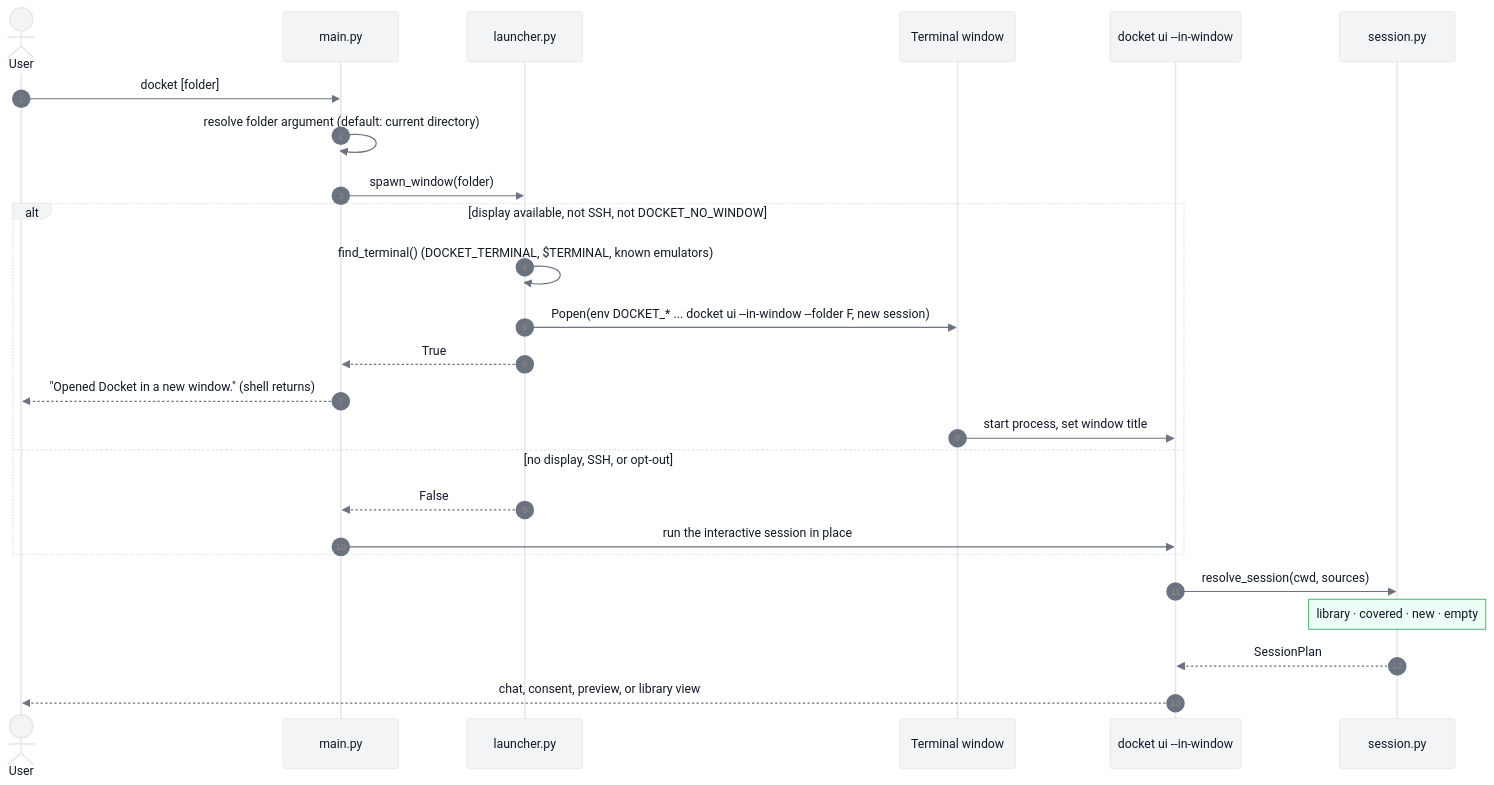
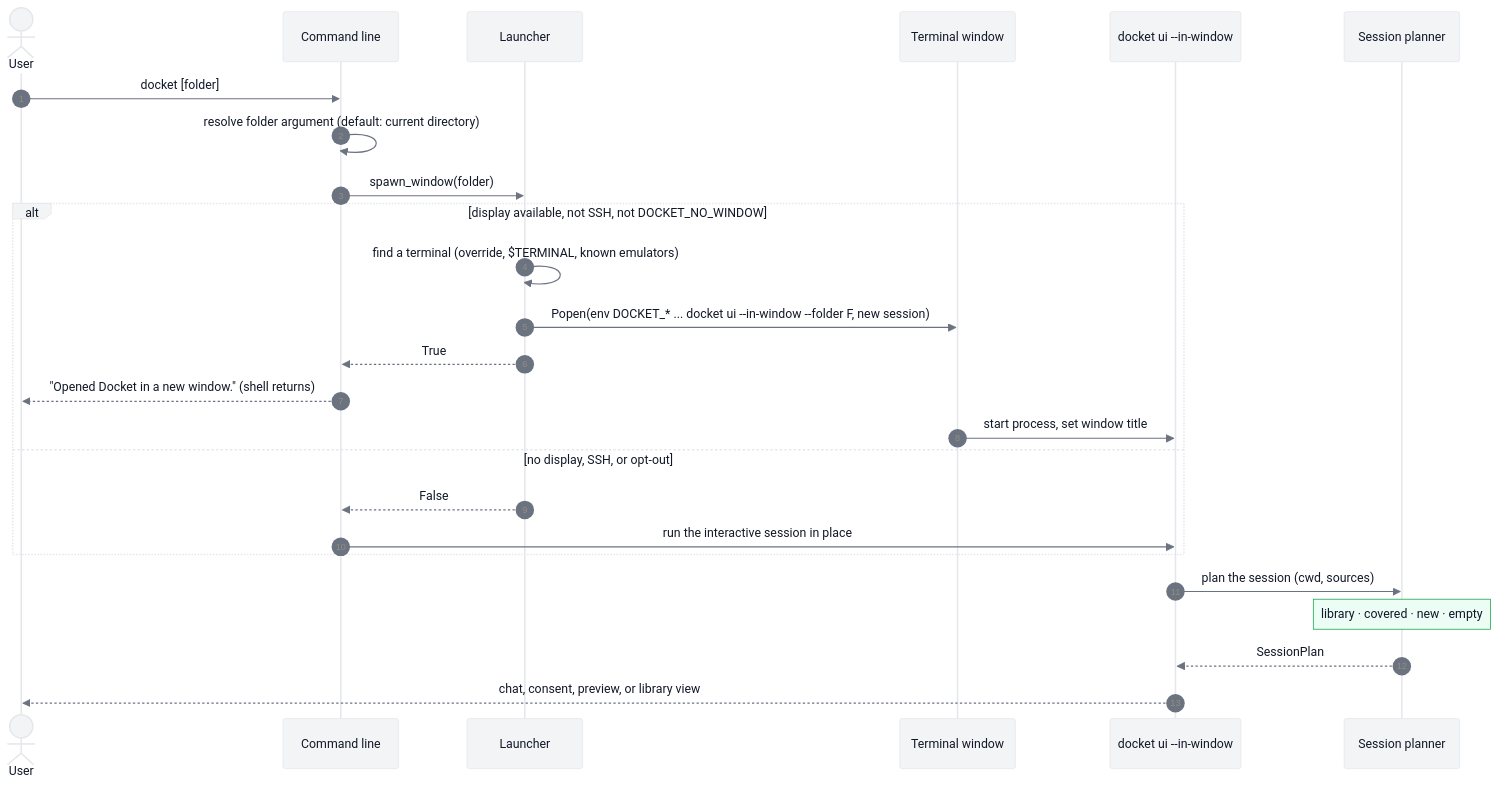
The first of 11 diagrams in Upgrade/18-current-architecture-sequences.md (notSylas/Docket), drawn with Mermaid before and after one commit. The commit also changed other lines of this file and 3 other files, not shown here.

Commit message:
docs(upgrade): remove source-file references from the architecture diagrams

````diff
--- a/Upgrade/18-current-architecture-sequences.md
+++ b/Upgrade/18-current-architecture-sequences.md
@@ -25,28 +25,28 @@
 ```mermaid
 %%{init: {'theme':'base','themeVariables':{'primaryColor':'#F3F4F6','primaryBorderColor':'#E5E7EB','primaryTextColor':'#111827','lineColor':'#6B7280','actorBkg':'#F3F4F6','actorBorder':'#E5E7EB','actorTextColor':'#111827','signalColor':'#6B7280','signalTextColor':'#111827','noteBkgColor':'#ECFDF5','noteBorderColor':'#16A34A','noteTextColor':'#111827','activationBkgColor':'#ECFDF5','activationBorderColor':'#16A34A','fontFamily':'ui-sans-serif, system-ui, sans-serif'}}}%%
 sequenceDiagram
     autonumber
     actor U as User
-    participant CLI as main.py
-    participant L as launcher.py
+    participant CLI as Command line
+    participant L as Launcher
     participant T as Terminal window
     participant UI as docket ui --in-window
-    participant S as session.py
+    participant S as Session planner
     U->>CLI: docket [folder]
     CLI->>CLI: resolve folder argument (default: current directory)
     CLI->>L: spawn_window(folder)
     alt display available, not SSH, not DOCKET_NO_WINDOW
-        L->>L: find_terminal() (DOCKET_TERMINAL, $TERMINAL, known emulators)
+        L->>L: find a terminal (override, $TERMINAL, known emulators)
         L->>T: Popen(env DOCKET_* ... docket ui --in-window --folder F, new session)
         L-->>CLI: True
         CLI-->>U: "Opened Docket in a new window." (shell returns)
         T->>UI: start process, set window title
     else no display, SSH, or opt-out
         L-->>CLI: False
         CLI->>UI: run the interactive session in place
     end
-    UI->>S: resolve_session(cwd, sources)
+    UI->>S: plan the session (cwd, sources)
     Note over S: library · covered · new · empty
     S-->>UI: SessionPlan
     UI-->>U: chat, consent, preview, or library view
 ```
````
